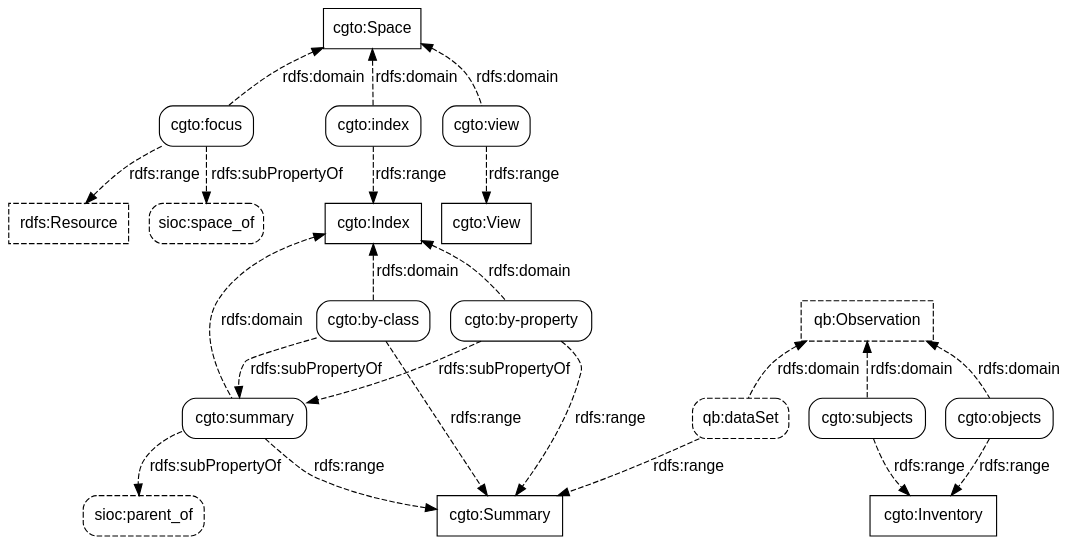
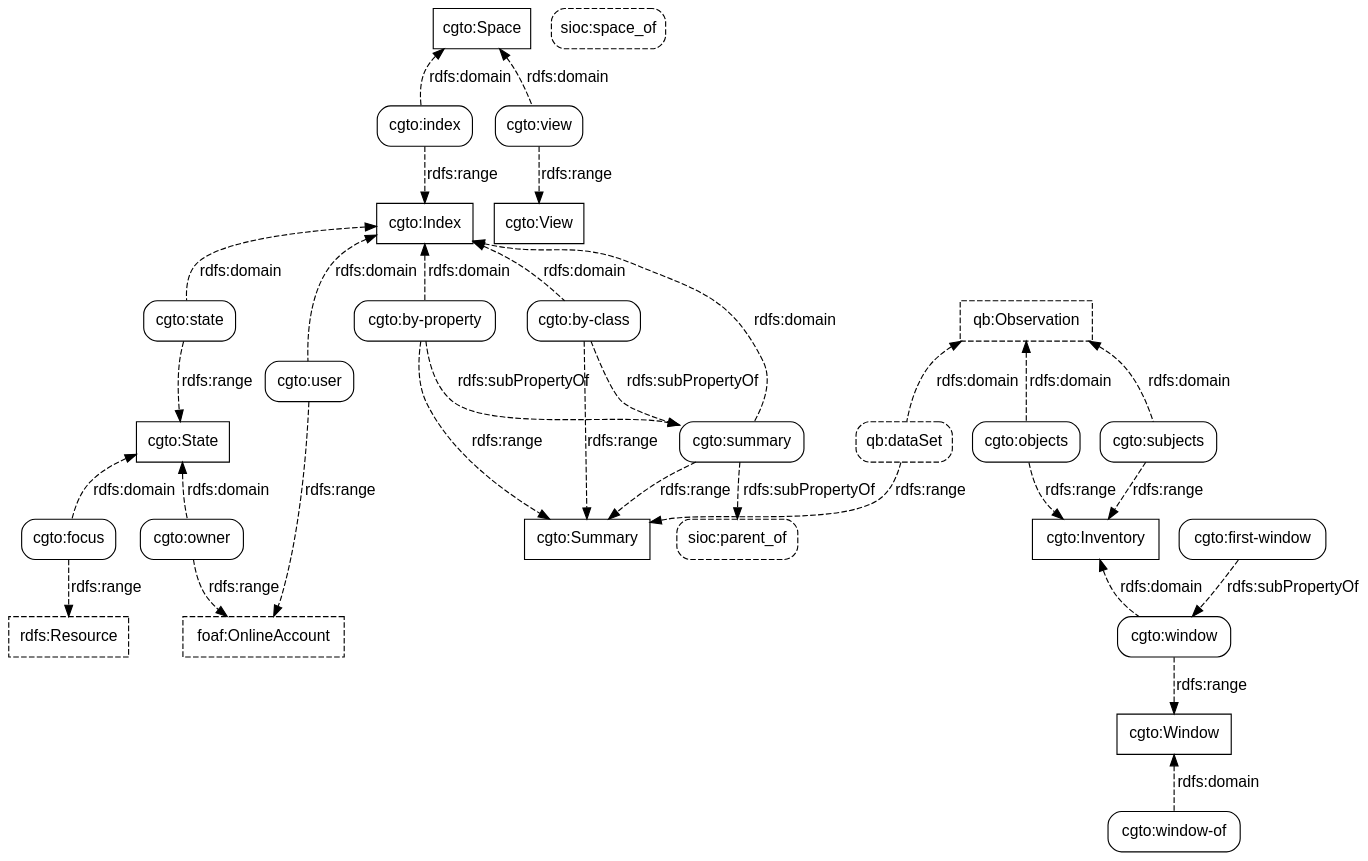
One commit to doriantaylor/owl-graph-tool changed the diagram in graph-tool-properties.dot. Above: the diagram before and after it, drawn with Graphviz. The commit also changed 3 other files, not shown here.

```diff
--- a/graph-tool-properties.dot
+++ b/graph-tool-properties.dot
@@ -1,80 +1,100 @@
 digraph {
     graph [bgcolor=transparent,rankdir=TB];
     node [shape=box,style=rounded,color="#000000",fontcolor="#000000",fontname="Lucida Grande, Lucida Sans Unicode, sans-serif"];
     edge [concentrate=true,color="#000000",fontcolor="#000000",fontname="Lucida Grande, Lucida Sans Unicode, sans-serif"];
 
     // third-party classes
 
     subgraph {
         node [shape=box, style=dashed];
+        foaf_OnlineAccount [label="foaf:OnlineAccount", href="http://xmlns.com/foaf/spec/#term_OnlineAccount"];
+        qb_Observation [label="qb:Observation", href="https://www.w3.org/TR/vocab-data-cube/#reference-observations"];
         rdfs_Resource [label="rdfs:Resource", href="https://www.w3.org/TR/rdf-schema/#ch_resource"];
-        qb_Observation [label="qb:Observation", href="https://www.w3.org/TR/vocab-data-cube/#reference-observations"];
+
     }
 
     // our classes
 
     subgraph {
         node [shape=box, style=""];
-        cgto_Space [label="cgto:Space", href="https://vocab.methodandstructure.com/graph-tool#Space"];
-        cgto_View [label="cgto:View", href="https://vocab.methodandstructure.com/graph-tool#View"];
         // cgto_Error [label="cgto:Error", href="https://vocab.methodandstructure.com/graph-tool#Error"];
         cgto_Index [label="cgto:Index", href="https://vocab.methodandstructure.com/graph-tool#Index"];
+        cgto_Inventory [label="cgto:Inventory", href="https://vocab.methodandstructure.com/graph-tool#Inventory"];
+        cgto_Space [label="cgto:Space", href="https://vocab.methodandstructure.com/graph-tool#Space"];
+        cgto_State [label="cgto:State", href="https://vocab.methodandstructure.com/graph-tool#State"];
         cgto_Summary [label="cgto:Summary", href="https://vocab.methodandstructure.com/graph-tool#Summary"];
-        cgto_Inventory [label="cgto:Inventory", href="https://vocab.methodandstructure.com/graph-tool#Inventory"];
+        cgto_View [label="cgto:View", href="https://vocab.methodandstructure.com/graph-tool#View"];
+        cgto_Window [label="cgto:Window", href="https://vocab.methodandstructure.com/graph-tool#Window"];
     }
 
     // third-party properties
 
     subgraph {
         node [style="dashed,rounded"];
+        qb_dataSet [label="qb:dataSet", href="https://www.w3.org/TR/vocab-data-cube/#reference-observations"];
+        sioc_parent_of [label="sioc:parent_of", href="http://rdfs.org/spec/#term_parent_of"];
         sioc_space_of [label="sioc:space_of", href="http://rdfs.org/spec/#term_space_of"];
-        sioc_parent_of [label="sioc:parent_of", href="http://rdfs.org/spec/#term_parent_of"];
-        qb_dataSet [label="qb:dataSet", href="https://www.w3.org/TR/vocab-data-cube/#reference-observations"];
     }
 
     // our properties
 
+    cgto_by_class [label="cgto:by-class", href="https://vocab.methodandstructure.com/graph-tool#by-class"];
+    cgto_by_property [label="cgto:by-property", href="https://vocab.methodandstructure.com/graph-tool#by-property"];
+    cgto_first_window [label="cgto:first-window", href="https://vocab.methodandstructure.com/graph-tool#first-window"];
     cgto_focus [label="cgto:focus", href="https://vocab.methodandstructure.com/graph-tool#focus"];
     cgto_index [label="cgto:index", href="https://vocab.methodandstructure.com/graph-tool#index"];
+    cgto_objects [label="cgto:objects", href="https://vocab.methodandstructure.com/graph-tool#objects"];
+    cgto_owner [label="cgto:owner", href="https://vocab.methodandstructure.com/graph-tool#owner "];
+    cgto_state  [label="cgto:state", href="https://vocab.methodandstructure.com/graph-tool#state"];
+    cgto_subjects [label="cgto:subjects", href="https://vocab.methodandstructure.com/graph-tool#subjects"];
+    cgto_summary [label="cgto:summary", href="https://vocab.methodandstructure.com/graph-tool#summary"];
+    cgto_user  [label="cgto:user",  href="https://vocab.methodandstructure.com/graph-tool#user"];
     cgto_view  [label="cgto:view",  href="https://vocab.methodandstructure.com/graph-tool#view"];
-    cgto_summary [label="cgto:summary",  href="https://vocab.methodandstructure.com/graph-tool#summary"];
-    cgto_by_class [label="cgto:by-class",  href="https://vocab.methodandstructure.com/graph-tool#by-class"];
-    cgto_by_property [label="cgto:by-property",  href="https://vocab.methodandstructure.com/graph-tool#by-property"];
-    cgto_subjects [label="cgto:subjects",  href="https://vocab.methodandstructure.com/graph-tool#subjects"];
-    cgto_objects [label="cgto:objects",  href="https://vocab.methodandstructure.com/graph-tool#objects"];
+    cgto_window [label="cgto:window", href="https://vocab.methodandstructure.com/graph-tool#window"];
+    cgto_window_of [label="cgto:window-of", href="https://vocab.methodandstructure.com/graph-tool#window-of"];
 
     // relations
 
     subgraph {
         edge [style=dashed, label="rdfs:subPropertyOf"];
-        cgto_focus -> sioc_space_of;
-        cgto_by_class -> cgto_summary -> sioc_parent_of;
-        cgto_by_property -> cgto_summary;
+        cgto_by_class     -> cgto_summary -> sioc_parent_of;
+        cgto_by_property  -> cgto_summary;
+	cgto_first_window -> cgto_window;
+        // cgto_focus        -> sioc_space_of;
     }
 
     subgraph {
         edge [style=dashed, dir=back, label="rdfs:domain"];
-        cgto_Space -> cgto_focus;
-        cgto_Space -> cgto_view;
-        cgto_Space -> cgto_index;
-        cgto_Index -> cgto_summary;
-        cgto_Index -> cgto_by_class;
-        cgto_Index -> cgto_by_property;
+        cgto_Index     -> cgto_by_class;
+        cgto_Index     -> cgto_by_property;
+        cgto_Index     -> cgto_state;
+        cgto_Index     -> cgto_summary;
+        cgto_Index     -> cgto_user;
+	cgto_Inventory -> cgto_window;
+        cgto_Space     -> cgto_index;
+        cgto_Space     -> cgto_view;
+        cgto_State     -> cgto_focus;
+	cgto_State     -> cgto_owner;
+	cgto_Window    -> cgto_window_of;
+        qb_Observation -> cgto_objects;
+        qb_Observation -> cgto_subjects;
         qb_Observation -> qb_dataSet;
-        qb_Observation -> cgto_subjects;
-        qb_Observation -> cgto_objects;
     }
 
     subgraph {
         edge [style=dashed, label="rdfs:range"];
-        cgto_focus -> rdfs_Resource;
-        cgto_view -> cgto_View;
-        cgto_index -> cgto_Index;
-        cgto_summary -> cgto_Summary;
-        cgto_by_class -> cgto_Summary;
+        cgto_by_class    -> cgto_Summary;
         cgto_by_property -> cgto_Summary;
-        qb_dataSet -> cgto_Summary;
-        cgto_subjects -> cgto_Inventory;
-        cgto_objects -> cgto_Inventory;
+        cgto_focus       -> rdfs_Resource;
+        cgto_index       -> cgto_Index;
+        cgto_objects     -> cgto_Inventory;
+        cgto_owner       -> foaf_OnlineAccount;
+        cgto_state       -> cgto_State;
+        cgto_subjects    -> cgto_Inventory;
+        cgto_summary     -> cgto_Summary;
+	cgto_user        -> foaf_OnlineAccount;
+        cgto_view        -> cgto_View;
+        cgto_window      -> cgto_Window;
+        qb_dataSet       -> cgto_Summary;
     }
 }
```
